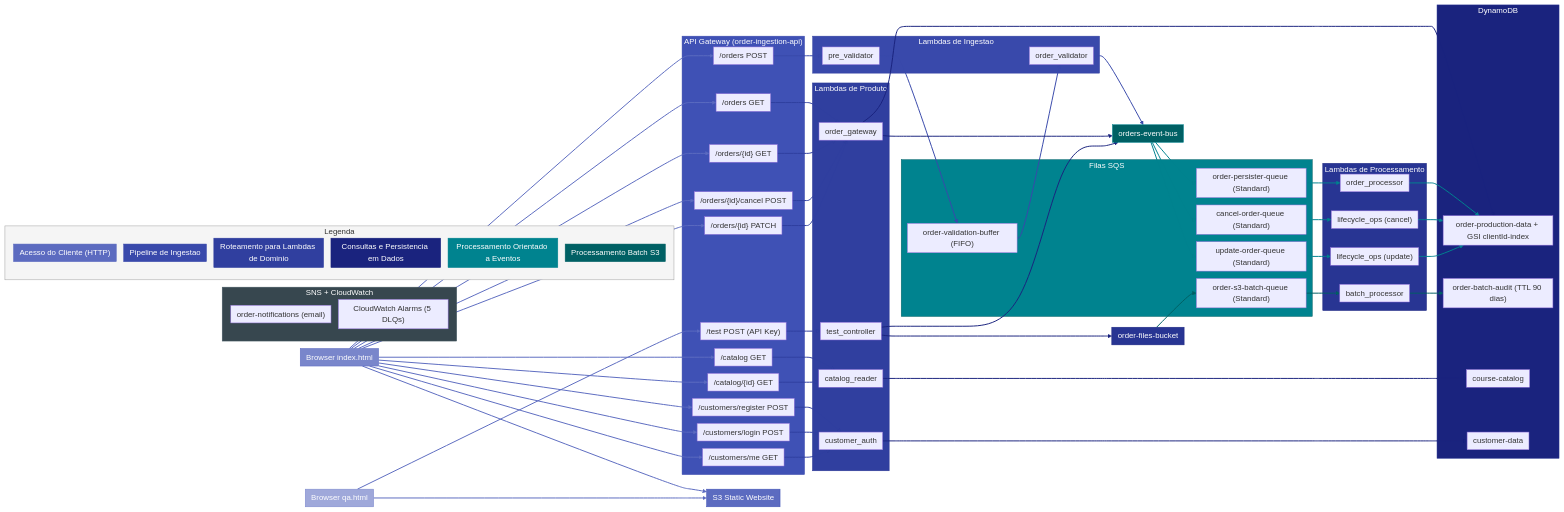
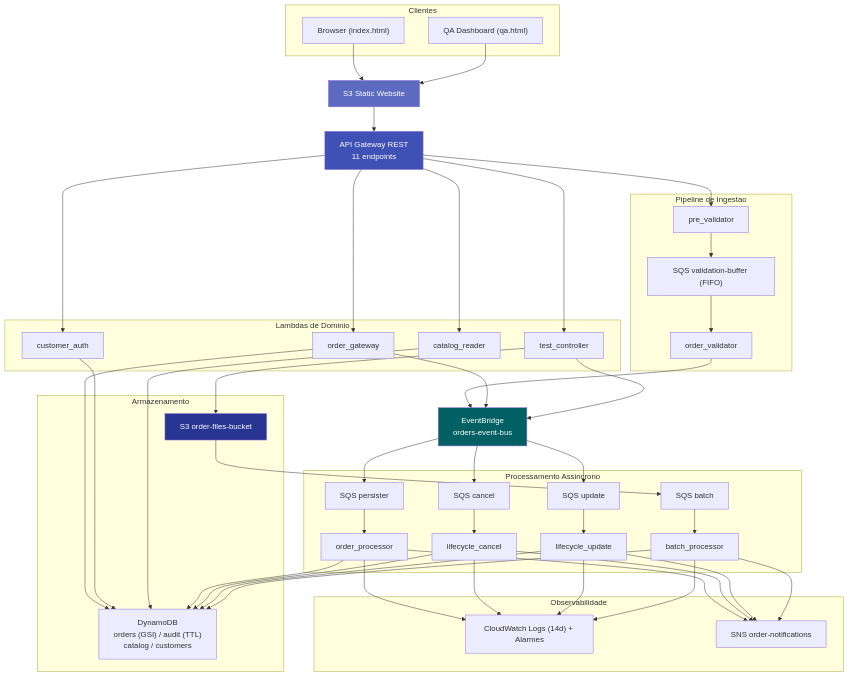
Before and after one commit to DessimA/aws-serverless-order-management: the diagram in README.md, drawn with Mermaid.

Commit message:
refactor: reorganize architecture diagram in README.md
Replace overcrowded LR flowchart (68 nodes, fragile linkStyle indexes,
embedded legend, 11 API Gateway endpoints fanning out) with a clean
TB layout:

- Clients → S3 → API Gateway (collapsed to single node)
- Two Lambda groups: ingestion pipeline + domain lambdas
- EventBridge as central hub
- Async processing with SQS→Lambda pairs in one subgraph
- Storage (DynamoDB consolidated, S3) and observability layers
- Removed legend (colors are self-explanatory in TB flow)
- Removed ~130 lines of fragile style/classDef/linkStyle rules

````diff
--- a/README.md
+++ b/README.md
@@ -29,123 +29,70 @@
 ```mermaid
-%%{init: {'flowchart': {'nodeSpacing': 15, 'rankSpacing': 25, 'padding': 6}}}%%
-flowchart LR
-    Browser["Browser index.html"]:::s_cliente
-    QA["Browser qa.html"]:::s_qa
-    STATICSITE["S3 Static Website"]:::s_s3fe
-
-    subgraph APIGW["API Gateway (order-ingestion-api)"]
-        GW_POST["/orders POST"]
-        GW_GET["/orders GET"]
-        GW_GET_ID["/orders/{id} GET"]
-        GW_CANCEL["/orders/{id}/cancel POST"]
-        GW_PATCH["/orders/{id} PATCH"]
-        GW_CAT["/catalog GET"]
-        GW_CAT_ID["/catalog/{id} GET"]
-        GW_REG["/customers/register POST"]
-        GW_LOGIN["/customers/login POST"]
-        GW_ME["/customers/me GET"]
-        GW_TEST["/test POST (API Key)"]
+flowchart TB
+    subgraph CLIENT["Clientes"]
+        BROWSER["Browser (index.html)"]
+        QA["QA Dashboard (qa.html)"]
     end
 
-    subgraph LambdaIngestao["Lambdas de Ingestao"]
+    S3FE["S3 Static Website"]
+
+    API["API Gateway REST
+         11 endpoints"]
+
+    subgraph INGEST["Pipeline de Ingestao"]
         PRE["pre_validator"]
+        F["SQS validation-buffer (FIFO)"]
         VAL["order_validator"]
     end
 
-    subgraph LambdaProduto["Lambdas de Produto"]
+    subgraph DIRECT["Lambdas de Dominio"]
         GWL["order_gateway"]
+        AUTH["customer_auth"]
         CAT["catalog_reader"]
-        AUTH["customer_auth"]
-        CTRL["test_controller"]
+        TEST["test_controller"]
     end
 
-    subgraph LambdaProcessamento["Lambdas de Processamento"]
-        PROC["order_processor"]
-        CANCEL["lifecycle_ops (cancel)"]
-        UPDATE["lifecycle_ops (update)"]
-        BATCH["batch_processor"]
+    EB["EventBridge
+        orders-event-bus"]
+
+    subgraph PROC["Processamento Assincrono"]
+        SQ1["SQS persister"]
+        SQ2["SQS cancel"]
+        SQ3["SQS update"]
+        SQ4["SQS batch"]
+        L1["order_processor"]
+        L2["lifecycle_cancel"]
+        L3["lifecycle_update"]
+        L4["batch_processor"]
     end
 
-    subgraph SQS_Filas["Filas SQS"]
-        FIFO["order-validation-buffer (FIFO)"]
-        PERSQ["order-persister-queue (Standard)"]
-        CANCELQ["cancel-order-queue (Standard)"]
-        UPDATEQ["update-order-queue (Standard)"]
-        BATCHQUEUE["order-s3-batch-queue (Standard)"]
+    subgraph DATA["Armazenamento"]
+        DDB["DynamoDB
+             orders (GSI) / audit (TTL)
+             catalog / customers"]
+        S3["S3 order-files-bucket"]
     end
 
-    subgraph DynamoDB_Tables["DynamoDB"]
-        PROD["order-production-data + GSI clientId-index"]
-        AUDIT["order-batch-audit (TTL 90 dias)"]
-        CATALOG["course-catalog"]
-        CUSTOMERS["customer-data"]
+    subgraph MON["Observabilidade"]
+        CW["CloudWatch Logs (14d) + Alarmes"]
+        SNS["SNS order-notifications"]
     end
 
-    EB["orders-event-bus"]:::s_eb
+    BROWSER & QA --> S3FE --> API
+    API --> PRE & GWL & AUTH & CAT & TEST
+    PRE --> F --> VAL --> EB
+    GWL & TEST --> EB
+    TEST --> S3
+    GWL & AUTH & CAT --> DDB
+    EB --> SQ1 & SQ2 & SQ3
+    S3 --> SQ4
+    SQ1 --> L1
+    SQ2 --> L2
+    SQ3 --> L3
+    SQ4 --> L4
+    L1 & L2 & L3 & L4 --> DDB & CW & SNS
 
-    subgraph SNS_CW["SNS + CloudWatch"]
-        SNS["order-notifications (email)"]
-        CW["CloudWatch Alarms (5 DLQs)"]
-    end
-
-    DATABUCKET["order-files-bucket"]:::s_s3d
-
-    Browser --> STATICSITE
-    QA --> STATICSITE
-    Browser --> GW_POST & GW_GET & GW_GET_ID & GW_CANCEL & GW_PATCH & GW_CAT & GW_CAT_ID & GW_REG & GW_LOGIN & GW_ME
-    QA --> GW_TEST
-
-    GW_POST --> PRE --> FIFO --> VAL --> EB
-    GW_GET & GW_GET_ID & GW_CANCEL & GW_PATCH --> GWL
-    GW_CAT & GW_CAT_ID --> CAT
-    GW_REG & GW_LOGIN & GW_ME --> AUTH
-    GW_TEST --> CTRL
-
-    GWL --> PROD
-    GWL --> EB
-    CAT --> CATALOG
-    AUTH --> CUSTOMERS
-    CTRL --> EB & DATABUCKET
-
-    EB --> PERSQ --> PROC --> PROD
-    EB --> CANCELQ --> CANCEL --> PROD
-    EB --> UPDATEQ --> UPDATE --> PROD
-    DATABUCKET --> BATCHQUEUE --> BATCH --> AUDIT
-
-    subgraph Legend["Legenda"]
-        L1["Acesso do Cliente (HTTP)"]:::l_http
-        L2["Pipeline de Ingestao"]:::l_ing
-        L3["Roteamento para Lambdas de Dominio"]:::l_route
-        L4["Consultas e Persistencia em Dados"]:::l_data
-        L5["Processamento Orientado a Eventos"]:::l_event
-        L6["Processamento Batch S3"]:::l_batch
-    end
-
-    style APIGW fill:#3F51B5,color:#fff,stroke:#3949AB
-    style LambdaIngestao fill:#3949AB,color:#fff,stroke:#303F9F
-    style LambdaProduto fill:#303F9F,color:#fff,stroke:#283593
-    style LambdaProcessamento fill:#283593,color:#fff,stroke:#1A237E
-    style SQS_Filas fill:#00838F,color:#fff,stroke:#006064
-    style DynamoDB_Tables fill:#1A237E,color:#fff,stroke:#283593
-    style SNS_CW fill:#37474F,color:#fff,stroke:#455A64
-    style Legend fill:#F5F5F5,color:#333,stroke:#9E9E9E
-
-    classDef s_cliente fill:#7986CB,color:#fff,stroke:#5C6BC0
-    classDef s_qa fill:#9FA8DA,color:#fff,stroke:#7986CB
-    classDef s_s3fe fill:#5C6BC0,color:#fff,stroke:#3F51B5
-    classDef s_eb fill:#006064,color:#fff,stroke:#00838F
-    classDef s_s3d fill:#283593,color:#fff,stroke:#1A237E
-    classDef l_http fill:#5C6BC0,color:#fff,stroke:#5C6BC0
-    classDef l_ing fill:#3949AB,color:#fff,stroke:#3949AB
-    classDef l_route fill:#303F9F,color:#fff,stroke:#303F9F
-    classDef l_data fill:#1A237E,color:#fff,stroke:#1A237E
-    classDef l_event fill:#00838F,color:#fff,stroke:#00838F
-    classDef l_batch fill:#006064,color:#fff,stroke:#006064
-
-    linkStyle 0,1,2,3,4,5,6,7,8,9,10,11,12 stroke:#5C6BC0,stroke-width:2px
-    linkStyle 13,14,15,16 stroke:#3949AB,stroke-width:2px
-    linkStyle 17,18,19,20,21,22,23,24,25,26 stroke:#303F9F,stroke-width:2px
-    linkStyle 27,28,29,30,31,32 stroke:#1A237E,stroke-width:2px
-    linkStyle 33,34,35,36,37,38,39,40,41 stroke:#00838F,stroke-width:2px
-    linkStyle 42,43,44 stroke:#006064,stroke-width:2px
+    style S3FE fill:#5C6BC0,color:#fff
+    style API fill:#3F51B5,color:#fff
+    style EB fill:#006064,color:#fff
+    style S3 fill:#283593,color:#fff
 ```
````
